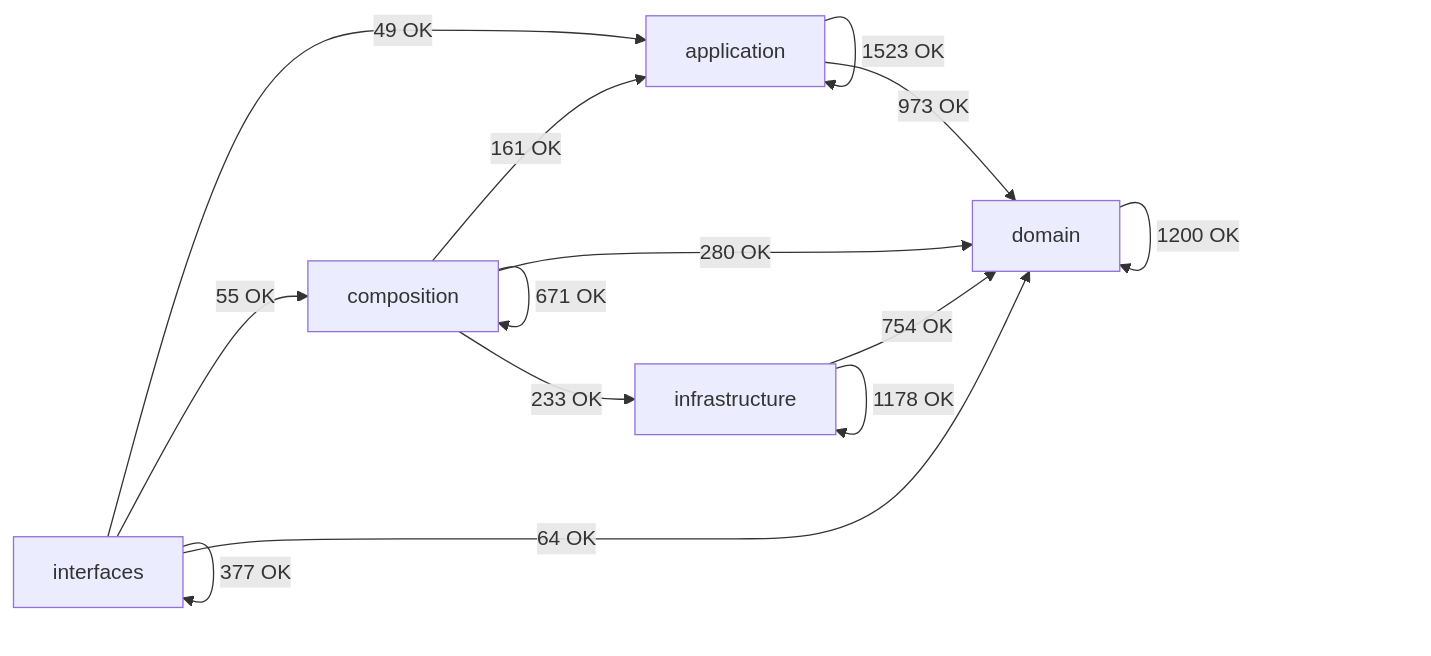
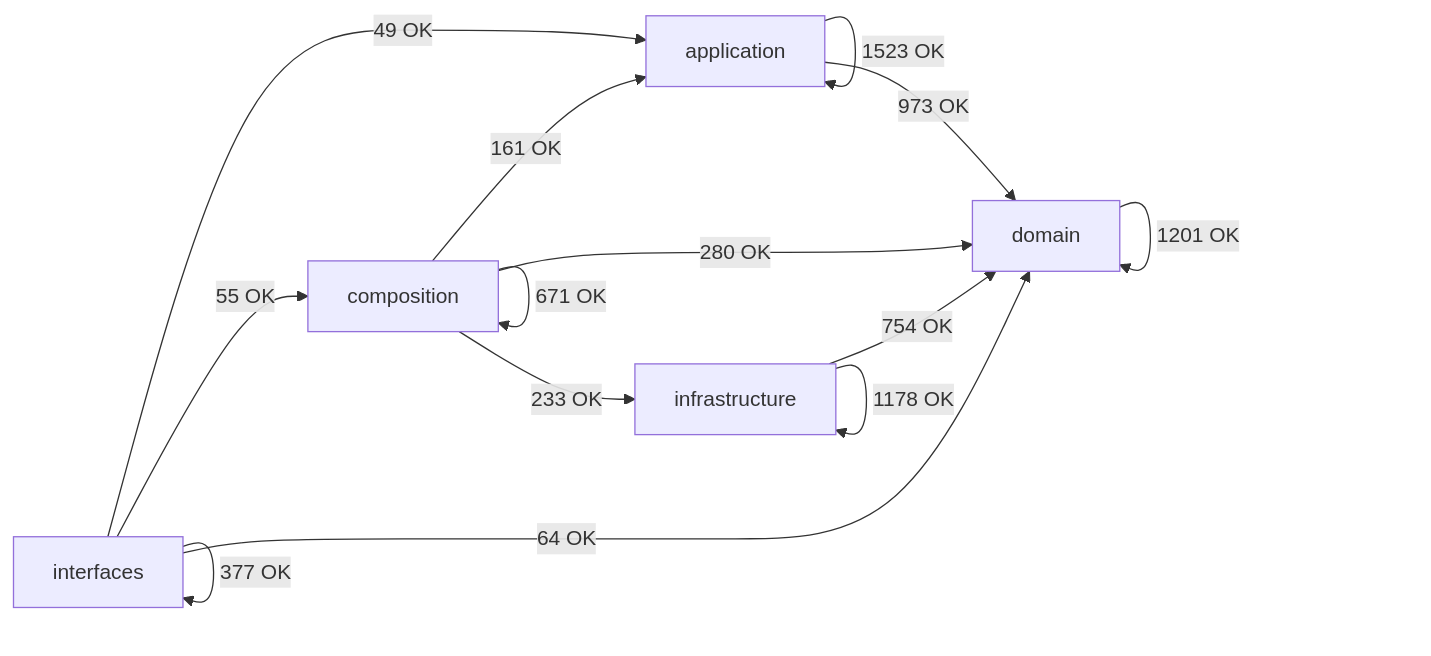
The diagram in docs/02-architecture/generated/module-dependency-map.md (SatoryKono/BioactivityDataAcquisition), drawn with Mermaid before and after one commit. The commit also changed other lines of this file and 5 other files, not shown here.

````diff
--- a/docs/02-architecture/generated/module-dependency-map.md
+++ b/docs/02-architecture/generated/module-dependency-map.md
@@ -17,21 +17,21 @@
 ```mermaid
 flowchart LR
     domain[domain]
     application[application]
     infrastructure[infrastructure]
     composition[composition]
     interfaces[interfaces]
     application -->|1523 OK| application
     application -->|973 OK| domain
     composition -->|161 OK| application
     composition -->|671 OK| composition
     composition -->|280 OK| domain
     composition -->|233 OK| infrastructure
-    domain -->|1200 OK| domain
+    domain -->|1201 OK| domain
     infrastructure -->|754 OK| domain
     infrastructure -->|1178 OK| infrastructure
     interfaces -->|49 OK| application
     interfaces -->|55 OK| composition
     interfaces -->|64 OK| domain
     interfaces -->|377 OK| interfaces
 ```
````
